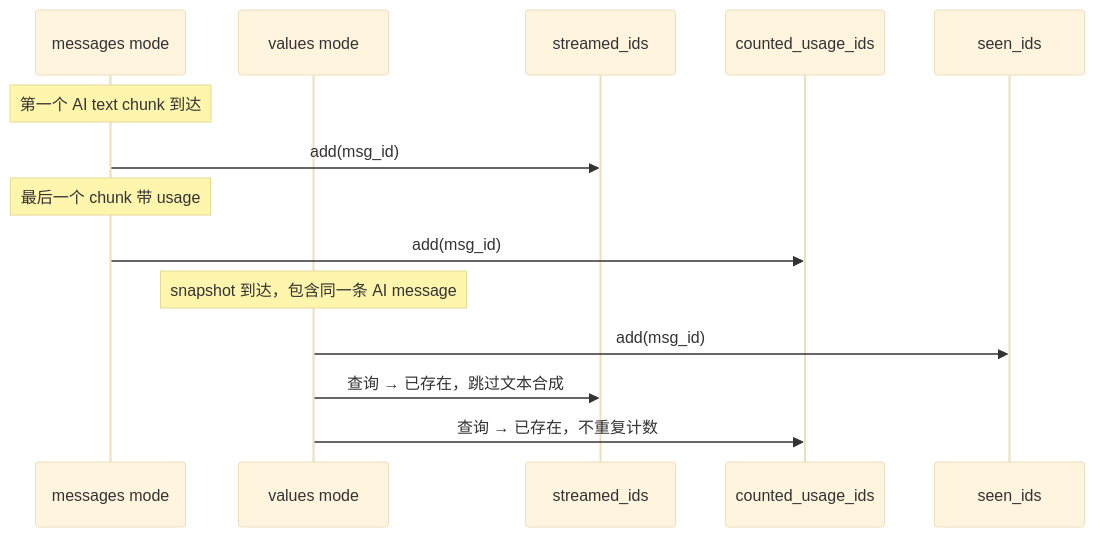
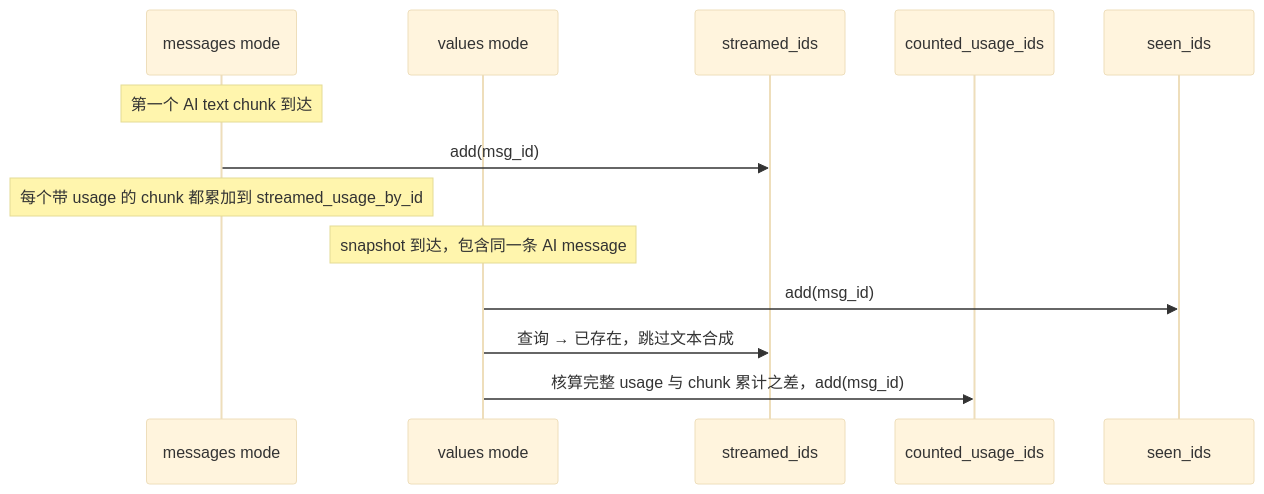
The fourth of 5 diagrams in backend/docs/STREAMING.md (bytedance/deer-flow), drawn with Mermaid (base theme) before and after one commit. The commit also changed other lines of this file and 4 other files, not shown here.

````diff
--- a/backend/docs/STREAMING.md
+++ b/backend/docs/STREAMING.md
@@ -246,17 +247,16 @@
 ```mermaid
 sequenceDiagram
     participant M as messages mode
     participant V as values mode
     participant SS as streamed_ids
     participant SU as counted_usage_ids
     participant SE as seen_ids
 
     Note over M: 第一个 AI text chunk 到达
     M->>SS: add(msg_id)
-    Note over M: 最后一个 chunk 带 usage
-    M->>SU: add(msg_id)
+    Note over M: 每个带 usage 的 chunk 都累加到 streamed_usage_by_id
     Note over V: snapshot 到达，包含同一条 AI message
     V->>SE: add(msg_id)
     V->>SS: 查询 → 已存在，跳过文本合成
-    V->>SU: 查询 → 已存在，不重复计数
+    V->>SU: 核算完整 usage 与 chunk 累计之差，add(msg_id)
 ```
````
